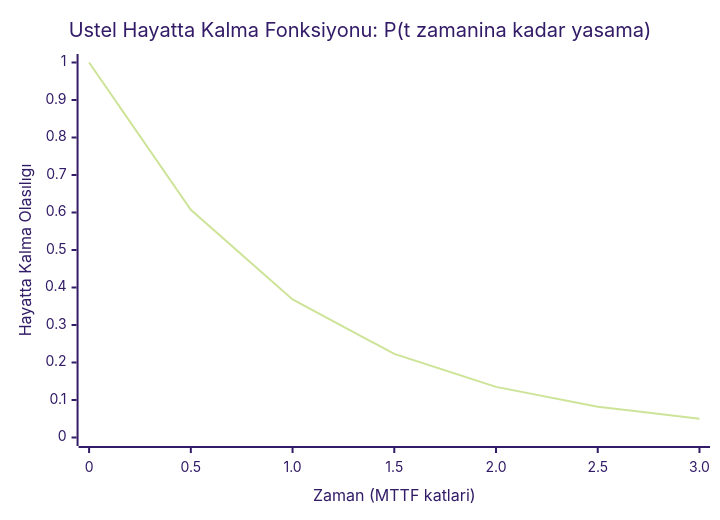
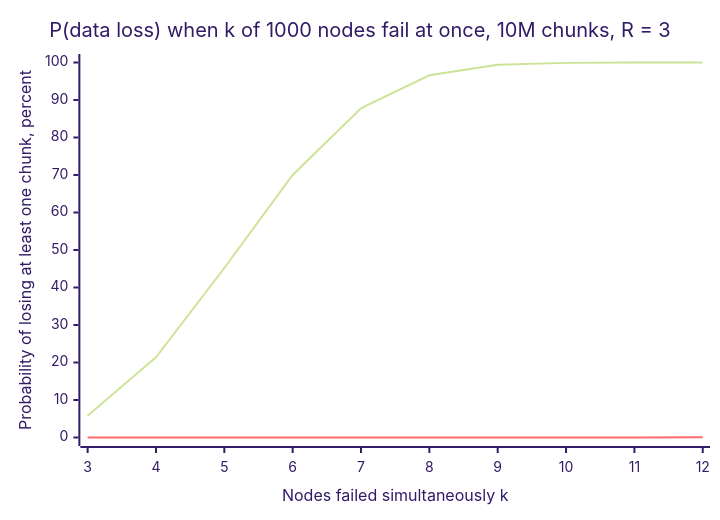
Before and after one commit to gorkemsari/distributed-systems: the third of 5 diagrams in src/content/docs/tr/foundations/system-models/deterministic-vs-probabilistic.mdx, drawn with Mermaid (forest theme). The commit also changed other lines of this file and 3 other files, not shown here.

````diff
--- a/src/content/docs/tr/foundations/system-models/deterministic-vs-probabilistic.mdx
+++ b/src/content/docs/tr/foundations/system-models/deterministic-vs-probabilistic.mdx
@@ -40,7 +83,8 @@
 ```mermaid
 xychart-beta
-    title "Ustel Hayatta Kalma Fonksiyonu: P(t zamanina kadar yasama)"
-    x-axis "Zaman (MTTF katlari)" [0, 0.5, 1.0, 1.5, 2.0, 2.5, 3.0]
-    y-axis "Hayatta Kalma Olasılıgı" 0 --> 1.0
-    line [1.0, 0.607, 0.368, 0.223, 0.135, 0.082, 0.050]
+    title "P(data loss) when k of 1000 nodes fail at once, 10M chunks, R = 3"
+    x-axis "Nodes failed simultaneously k" [3, 4, 5, 6, 7, 8, 9, 10, 11, 12]
+    y-axis "Probability of losing at least one chunk, percent" 0 --> 100
+    line [5.8, 21.4, 45.2, 70.0, 87.8, 96.6, 99.4, 99.9, 100, 100]
+    line [0, 0, 0, 0, 0.01, 0.01, 0.02, 0.02, 0.03, 0.04]
 ```
````
